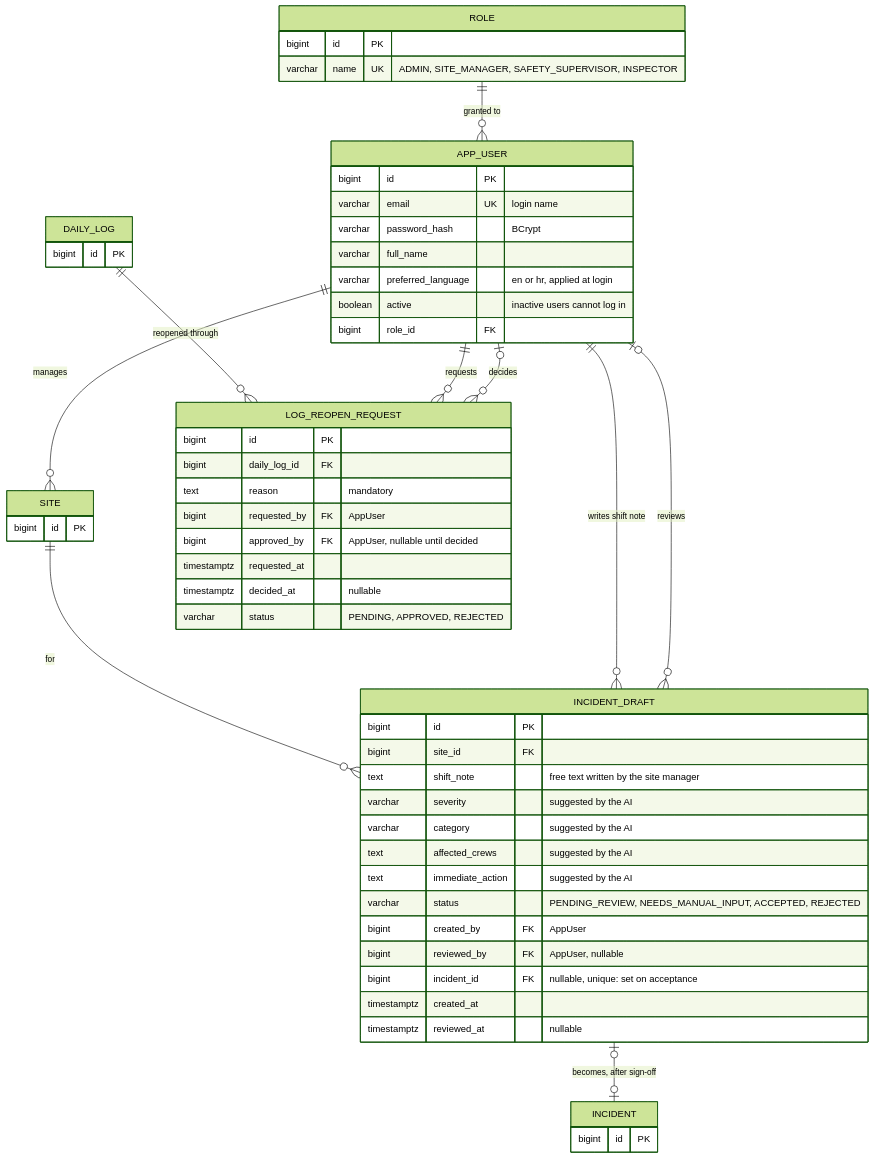
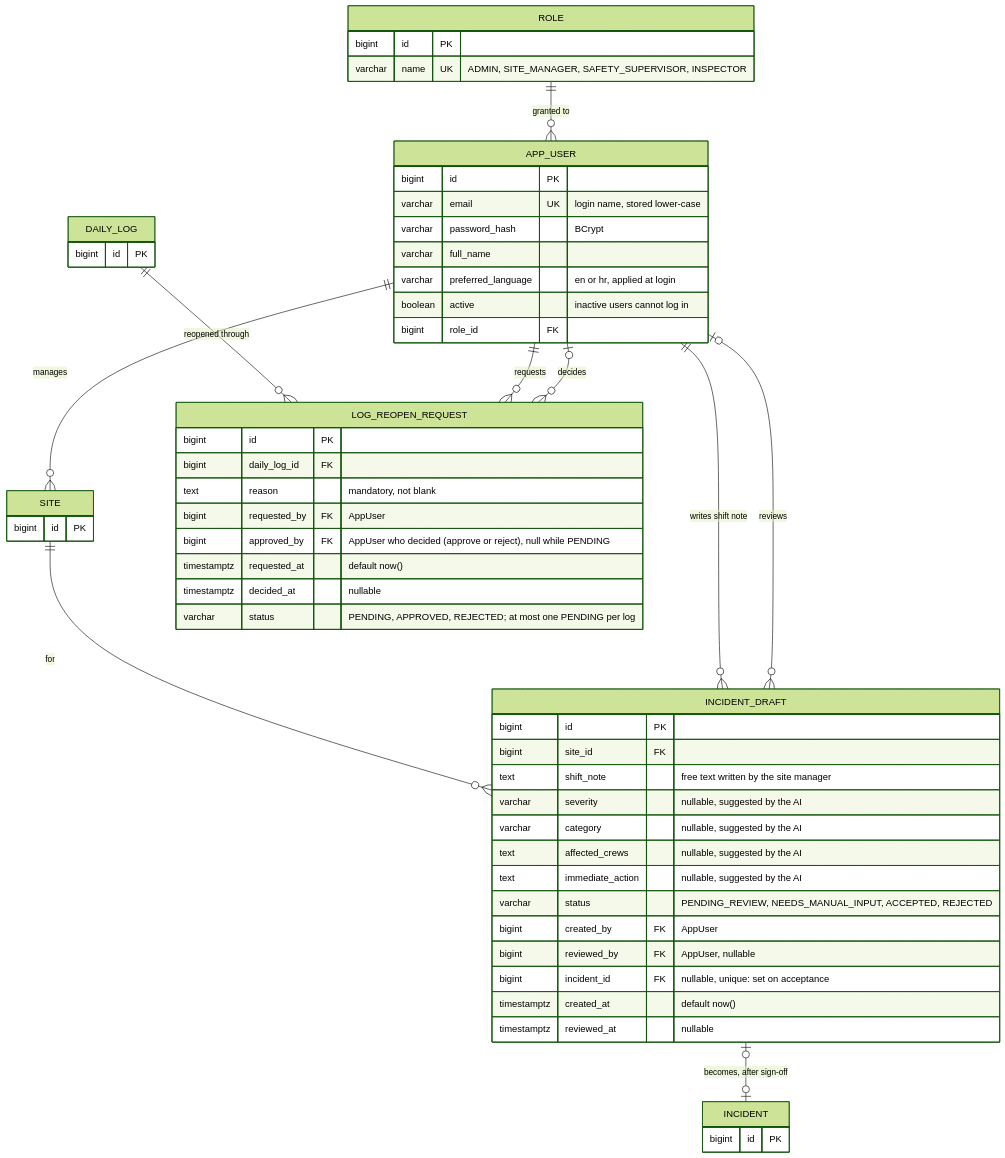
Before and after one commit to ceciliagalvaoo/SiteLog: the second of 5 diagrams in docs/architecture/domain-model.md, drawn with Mermaid (forest theme). The commit also changed other lines of this file, not shown here.

````diff
--- a/docs/architecture/domain-model.md
+++ b/docs/architecture/domain-model.md
@@ -137,60 +139,60 @@
 ```mermaid
 erDiagram
     ROLE ||--o{ APP_USER : "granted to"
     APP_USER ||--o{ SITE : "manages"
     DAILY_LOG ||--o{ LOG_REOPEN_REQUEST : "reopened through"
     APP_USER ||--o{ LOG_REOPEN_REQUEST : "requests"
     APP_USER |o--o{ LOG_REOPEN_REQUEST : "decides"
     SITE ||--o{ INCIDENT_DRAFT : "for"
     APP_USER ||--o{ INCIDENT_DRAFT : "writes shift note"
     APP_USER |o--o{ INCIDENT_DRAFT : "reviews"
     INCIDENT_DRAFT |o--o| INCIDENT : "becomes, after sign-off"
 
     ROLE {
         bigint id PK
         varchar name UK "ADMIN, SITE_MANAGER, SAFETY_SUPERVISOR, INSPECTOR"
     }
     APP_USER {
         bigint id PK
-        varchar email UK "login name"
+        varchar email UK "login name, stored lower-case"
         varchar password_hash "BCrypt"
         varchar full_name
         varchar preferred_language "en or hr, applied at login"
         boolean active "inactive users cannot log in"
         bigint role_id FK
     }
     LOG_REOPEN_REQUEST {
         bigint id PK
         bigint daily_log_id FK
-        text reason "mandatory"
+        text reason "mandatory, not blank"
         bigint requested_by FK "AppUser"
-        bigint approved_by FK "AppUser, nullable until decided"
-        timestamptz requested_at
+        bigint approved_by FK "AppUser who decided (approve or reject), null while PENDING"
+        timestamptz requested_at "default now()"
         timestamptz decided_at "nullable"
-        varchar status "PENDING, APPROVED, REJECTED"
+        varchar status "PENDING, APPROVED, REJECTED; at most one PENDING per log"
     }
     INCIDENT_DRAFT {
         bigint id PK
         bigint site_id FK
         text shift_note "free text written by the site manager"
-        varchar severity "suggested by the AI"
-        varchar category "suggested by the AI"
-        text affected_crews "suggested by the AI"
-        text immediate_action "suggested by the AI"
+        varchar severity "nullable, suggested by the AI"
+        varchar category "nullable, suggested by the AI"
+        text affected_crews "nullable, suggested by the AI"
+        text immediate_action "nullable, suggested by the AI"
         varchar status "PENDING_REVIEW, NEEDS_MANUAL_INPUT, ACCEPTED, REJECTED"
         bigint created_by FK "AppUser"
         bigint reviewed_by FK "AppUser, nullable"
         bigint incident_id FK "nullable, unique: set on acceptance"
-        timestamptz created_at
+        timestamptz created_at "default now()"
         timestamptz reviewed_at "nullable"
     }
     SITE {
         bigint id PK
     }
     DAILY_LOG {
         bigint id PK
     }
     INCIDENT {
         bigint id PK
     }
 ```
````
